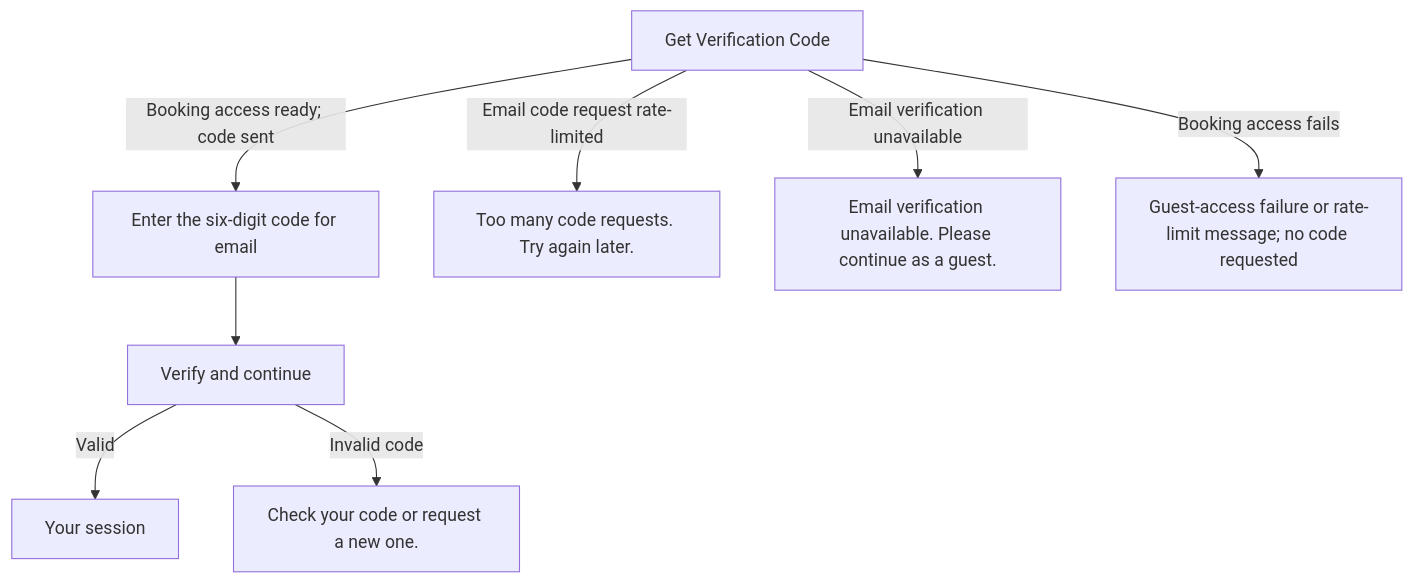
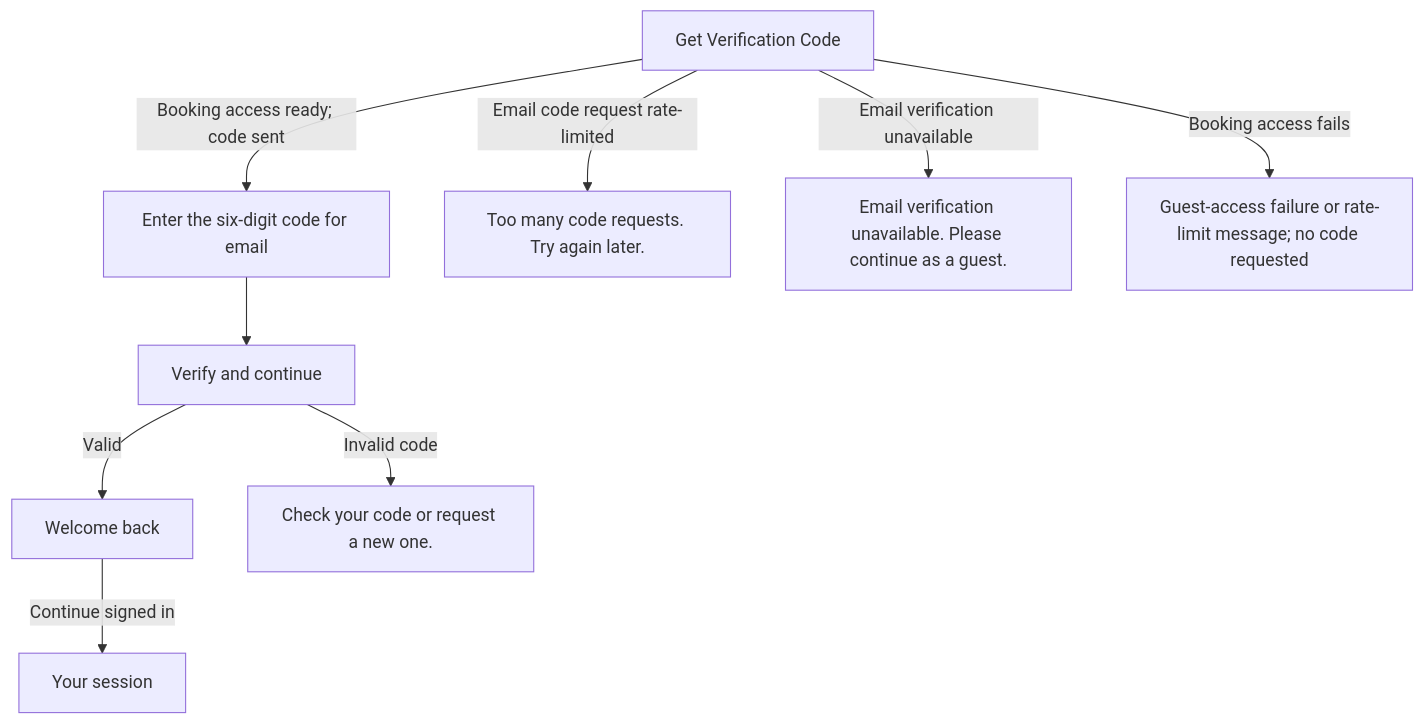
One commit to soccerbotstudiosg/soccerbotstudioSG changed the second of 19 diagrams in docs/booking-flows.md. Above: the diagram before and after it, drawn with Mermaid. The commit also changed other lines of this file and 53 other files, not shown here.

First line of the commit message:
Standardize booking flow, recover expired sessions and acknowledge enquiries (#79)

````diff
--- a/docs/booking-flows.md
+++ b/docs/booking-flows.md
@@ -35,10 +43,11 @@
 ```mermaid
 flowchart TD
   A["Get Verification Code"] -->|Booking access ready; code sent| B["Enter the six-digit code for email"]
   B --> C["Verify and continue"]
-  C -->|Valid| D["Your session"]
+  C -->|Valid| D["Welcome back"]
+  D -->|Continue signed in| I["Your session"]
   C -->|Invalid code| E["Check your code or request a new one."]
   A -->|Email code request rate-limited| F["Too many code requests. Try again later."]
   A -->|Email verification unavailable| G["Email verification unavailable. Please continue as a guest."]
   A -->|Booking access fails| H["Guest-access failure or rate-limit message; no code requested"]
 ```
````
